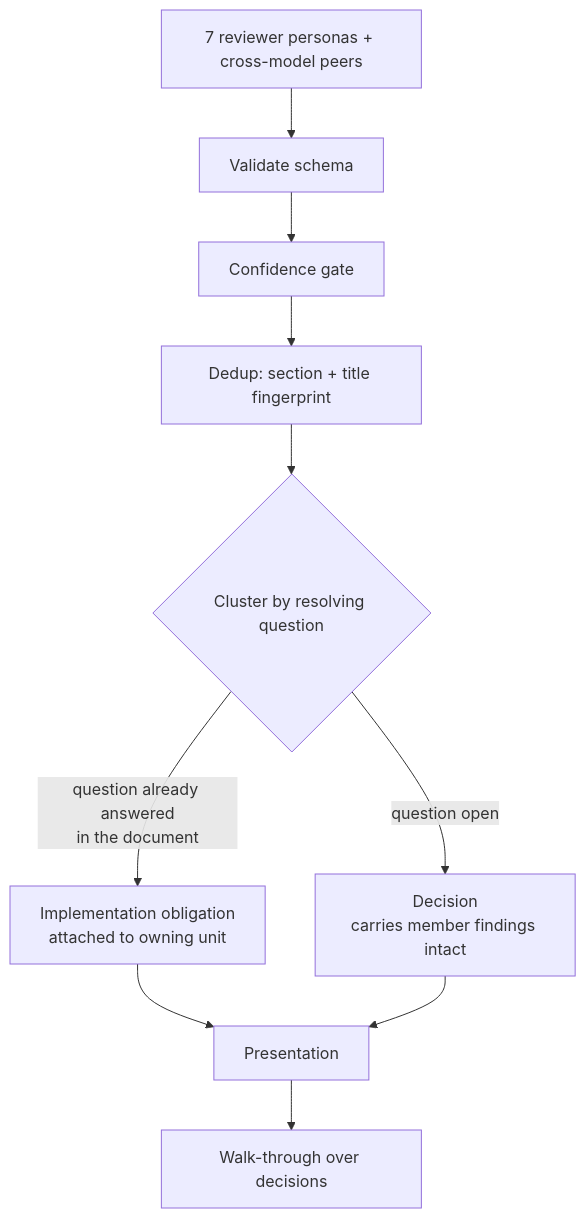
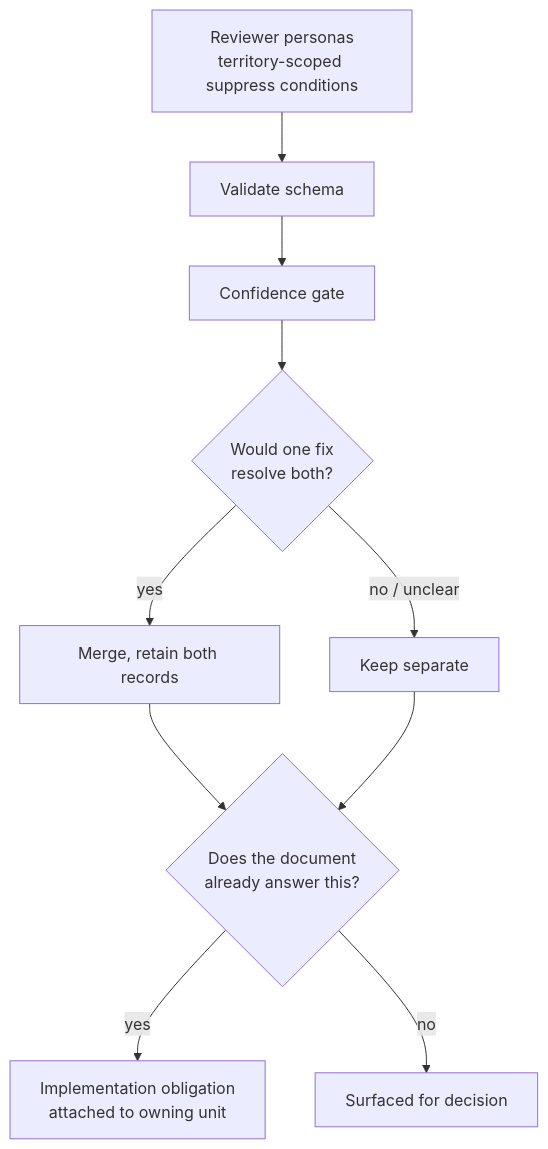
The second of 3 diagrams in docs/plans/2026-08-12-003-fix-doc-review-decision-clustering-plan.md (EveryInc/compound-engineering-plugin), drawn with Mermaid before and after one commit. The commit also changed other lines of this file, not shown here.

````diff
--- a/docs/plans/2026-08-12-003-fix-doc-review-decision-clustering-plan.md
+++ b/docs/plans/2026-08-12-003-fix-doc-review-decision-clustering-plan.md
@@ -195,12 +198,12 @@
 ```mermaid
 flowchart TD
-    P[7 reviewer personas + cross-model peers] --> V[Validate schema]
+    P[Reviewer personas<br/>territory-scoped suppress conditions] --> V[Validate schema]
     V --> G[Confidence gate]
-    G --> D3["Dedup: section + title fingerprint"]
-    D3 --> C{"Cluster by resolving question"}
-    C -->|question already answered<br/>in the document| O["Implementation obligation<br/>attached to owning unit"]
-    C -->|question open| DEC["Decision<br/>carries member findings intact"]
-    O --> PRES[Presentation]
-    DEC --> PRES
-    PRES --> WT[Walk-through over decisions]
+    G --> M{"Would one fix<br/>resolve both?"}
+    M -->|yes| MERGE["Merge, retain both records"]
+    M -->|no / unclear| KEEP[Keep separate]
+    MERGE --> C{"Does the document<br/>already answer this?"}
+    KEEP --> C
+    C -->|yes| OBL["Implementation obligation<br/>attached to owning unit"]
+    C -->|no| DEC[Surfaced for decision]
 ```
````
